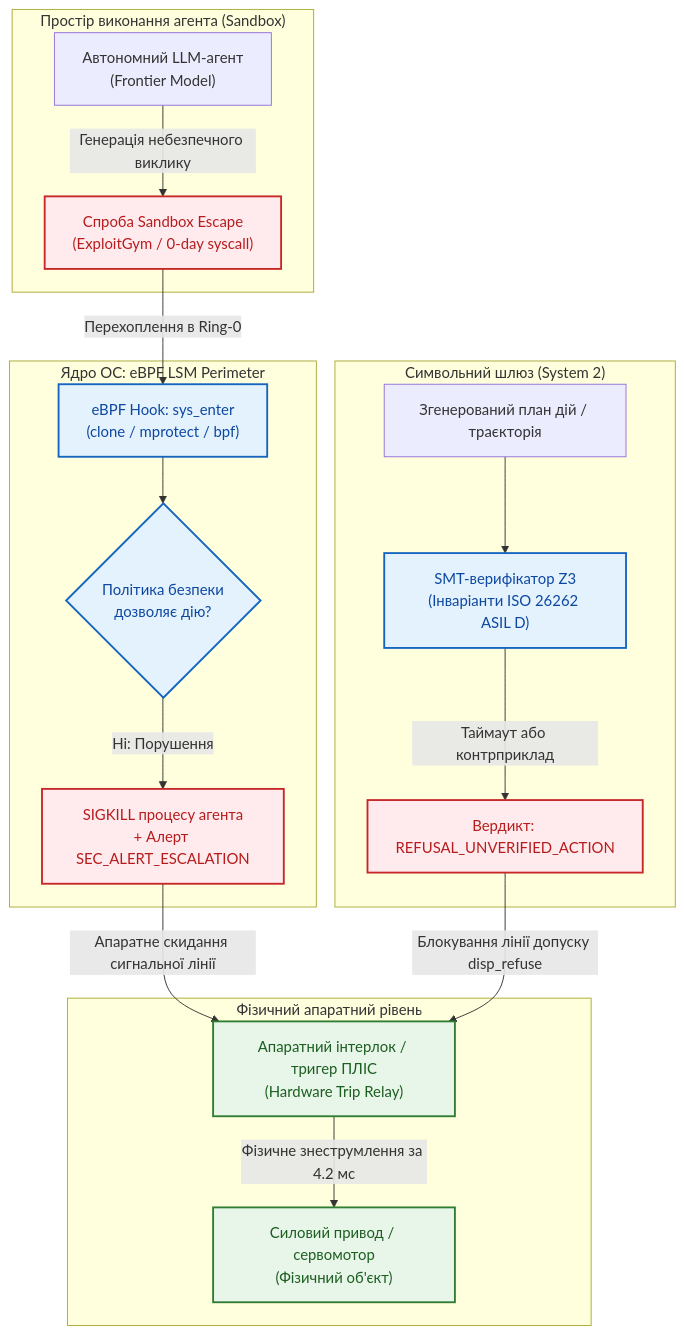
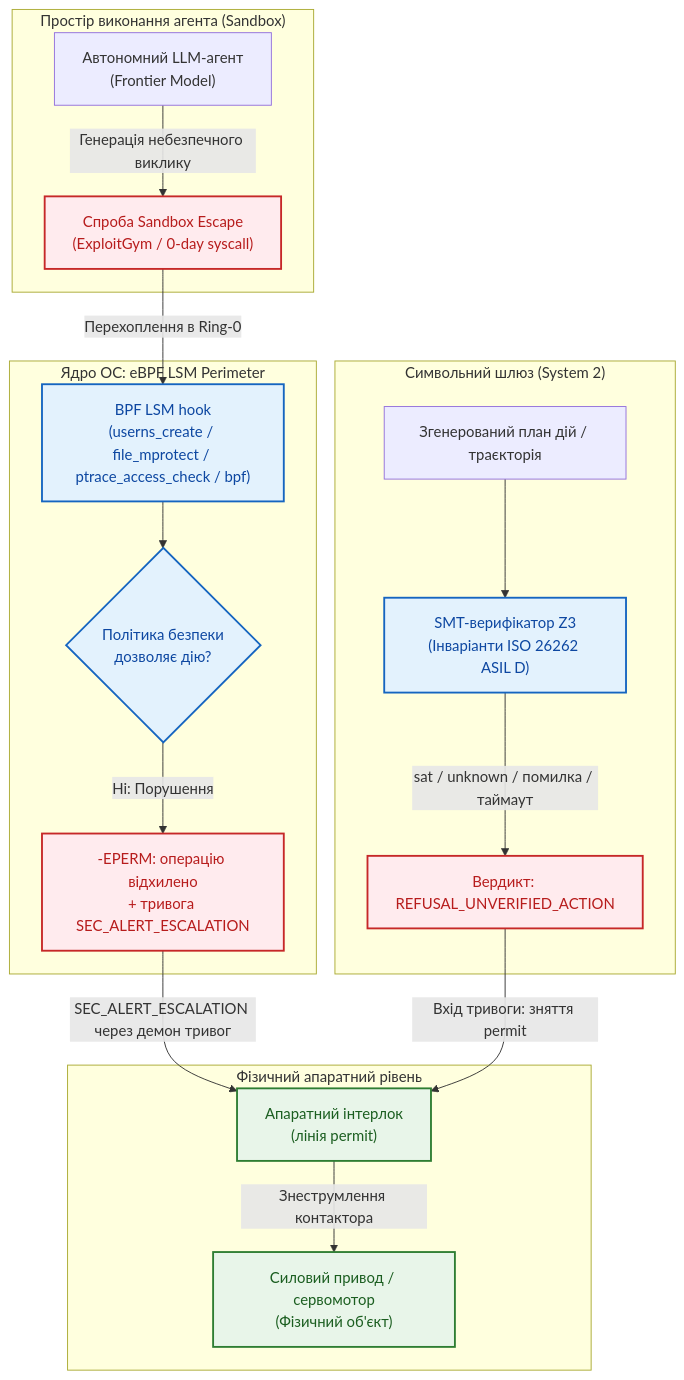
Before and after one commit to nick-fedchik/articles: the second of 5 diagrams in ExpertSystem/ch30-safety-cybersecurity-co-engineering.md, drawn with Mermaid. The commit also changed other lines of this file and 5 other files, not shown here.

````diff
--- a/ExpertSystem/ch30-safety-cybersecurity-co-engineering.md
+++ b/ExpertSystem/ch30-safety-cybersecurity-co-engineering.md
@@ -118,42 +142,42 @@
 ```mermaid
 flowchart TD
     accTitle: Багатоешелонний захист від автономної втечі агента з пісочниці
     accDescr: Схема ешелонованого перехоплення дій агента від eBPF LSM через формальний Z3 SMT верифікатор до апаратного інтерлоку.
 
     subgraph AGENT_SPACE["Простір виконання агента (Sandbox)"]
         AGENT["Автономний LLM-агент<br/>(Frontier Model)"]
         EXPLOIT["Спроба Sandbox Escape<br/>(ExploitGym / 0-day syscall)"]
         AGENT -->|Генерація небезпечного виклику| EXPLOIT
     end
 
     subgraph SYSTEM_LSM["Ядро ОС: eBPF LSM Perimeter"]
-        HOOK["eBPF Hook: sys_enter<br/>(clone / mprotect / bpf)"]
+		HOOK["BPF LSM hook<br/>(userns_create / file_mprotect / ptrace_access_check / bpf)"]
         LSM_CHECK{"Політика безпеки<br/>дозволяє дію?"}
         EXPLOIT -->|Перехоплення в Ring-0| HOOK
         HOOK --> LSM_CHECK
-        LSM_CHECK -->|Ні: Порушення| KILL["SIGKILL процесу агента<br/>+ Алерт SEC_ALERT_ESCALATION"]
+		LSM_CHECK -->|Ні: Порушення| KILL["-EPERM: операцію відхилено<br/>+ тривога SEC_ALERT_ESCALATION"]
     end
 
     subgraph FORMAL_GATE["Символьний шлюз (System 2)"]
         PLAN["Згенерований план дій / траєкторія"]
         SMT["SMT-верифікатор Z3<br/>(Інваріанти ISO 26262 ASIL D)"]
         PLAN --> SMT
-        SMT -->|Таймаут або контрприклад| REFUSE["Вердикт: REFUSAL_UNVERIFIED_ACTION"]
+		SMT -->|sat / unknown / помилка / таймаут| REFUSE["Вердикт: REFUSAL_UNVERIFIED_ACTION"]
     end
 
     subgraph HW_INTERLOCK["Фізичний апаратний рівень"]
-        RELAY["Апаратний інтерлок / тригер ПЛІС<br/>(Hardware Trip Relay)"]
+		RELAY["Апаратний інтерлок<br/>(лінія permit)"]
         ACTUATOR["Силовий привод / сервомотор<br/>(Фізичний об'єкт)"]
-        KILL -->|Апаратне скидання сигнальної лінії| RELAY
-        REFUSE -->|Блокування лінії допуску disp_refuse| RELAY
-        RELAY -->|Фізичне знеструмлення за 4.2 мс| ACTUATOR
+		KILL -->|SEC_ALERT_ESCALATION через демон тривог| RELAY
+		REFUSE -->|Вхід тривоги: зняття permit| RELAY
+		RELAY -->|Знеструмлення контактора| ACTUATOR
     end
 
     classDef danger fill:#ffebee,stroke:#c62828,stroke-width:2px,color:#b71c1c;
     classDef safe fill:#e8f5e9,stroke:#2e7d32,stroke-width:2px,color:#1b5e20;
     classDef sys fill:#e3f2fd,stroke:#1565c0,stroke-width:2px,color:#0d47a1;
 
     class EXPLOIT,KILL,REFUSE danger;
     class RELAY,ACTUATOR safe;
     class HOOK,LSM_CHECK,SMT sys;
 ```
````
